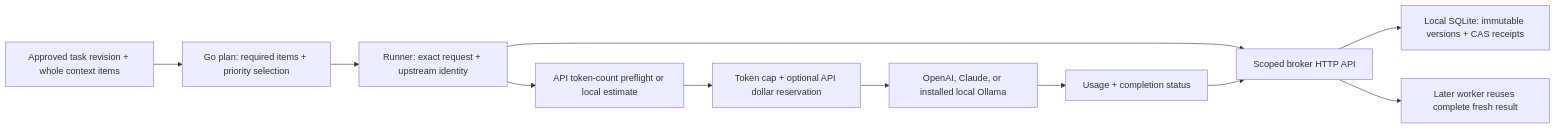
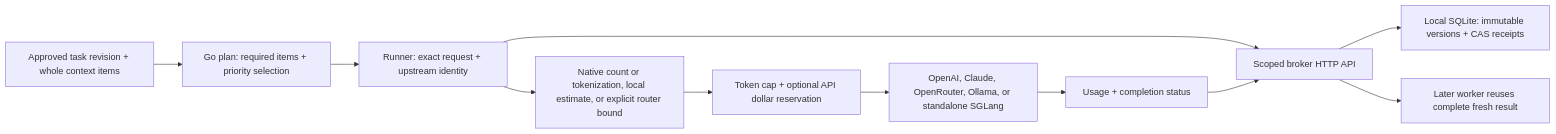
The diagram in docs/model-architecture.md (spfuzzylink/questlock), drawn with Mermaid before and after one commit. The commit also changed other lines of this file and 56 other files, not shown here.

First line of the commit message:
Add OpenRouter routing and SGLang runtime cache evidence (#8)

````diff
--- a/docs/model-architecture.md
+++ b/docs/model-architecture.md
@@ -131,13 +149,13 @@
 ```mermaid
 flowchart LR
   S[Approved task revision + whole context items] --> P[Go plan: required items + priority selection]
   P --> R[Runner: exact request + upstream identity]
   R --> B[Scoped broker HTTP API]
   B --> D[Local SQLite: immutable versions + CAS receipts]
-  R --> C[API token-count preflight or local estimate]
+  R --> C[Native count or tokenization, local estimate, or explicit router bound]
   C --> Q[Token cap + optional API dollar reservation]
-  Q --> G[OpenAI, Claude, or installed local Ollama]
+  Q --> G[OpenAI, Claude, OpenRouter, Ollama, or standalone SGLang]
   G --> U[Usage + completion status]
   U --> B
   B --> H[Later worker reuses complete fresh result]
 ```
````
